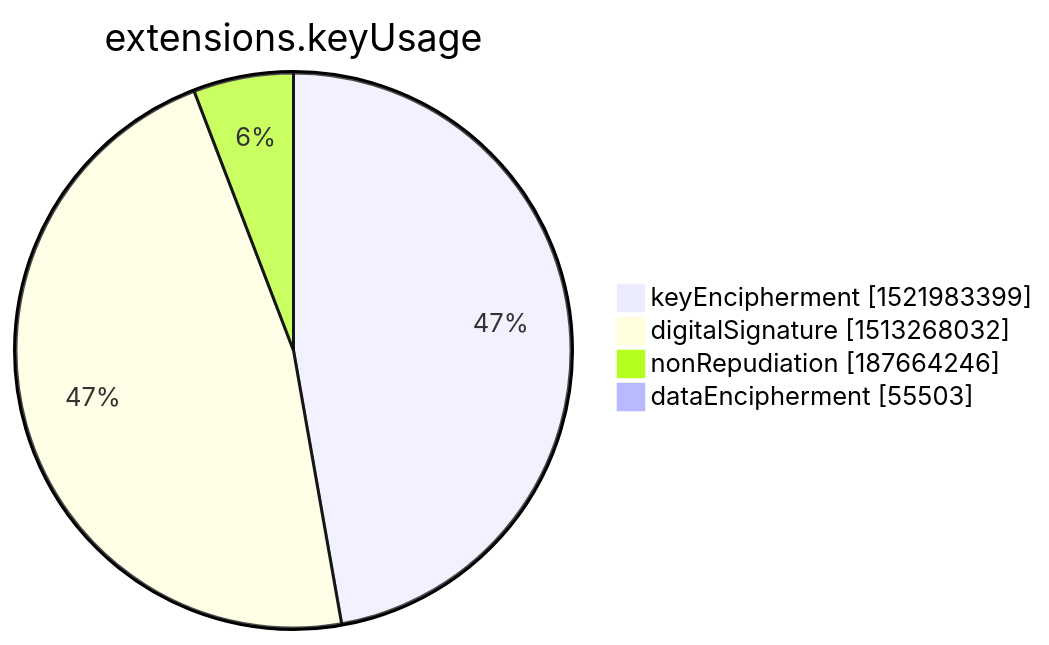
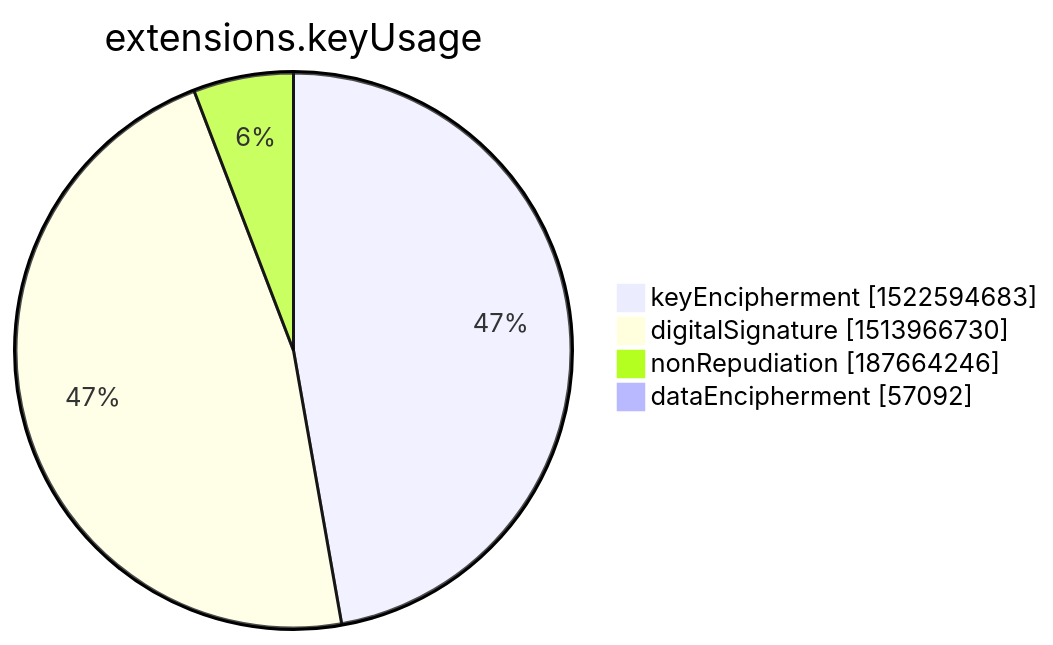
One commit to christiankrug/ctmonitor_visualization changed the seventh of 15 diagrams in xenon2022/README.md. Above: the diagram before and after it, drawn with Mermaid. The commit also changed other lines of this file, not shown here.

````diff
--- a/xenon2022/README.md
+++ b/xenon2022/README.md
@@ -2847,8 +2847,8 @@
 ```mermaid
 pie showData
 title extensions.keyUsage
-"keyEncipherment" :1521983399
-"digitalSignature" :1513268032
+"keyEncipherment" :1522594683
+"digitalSignature" :1513966730
 "nonRepudiation" :187664246
-"dataEncipherment" :55503
+"dataEncipherment" :57092
 ```
````
